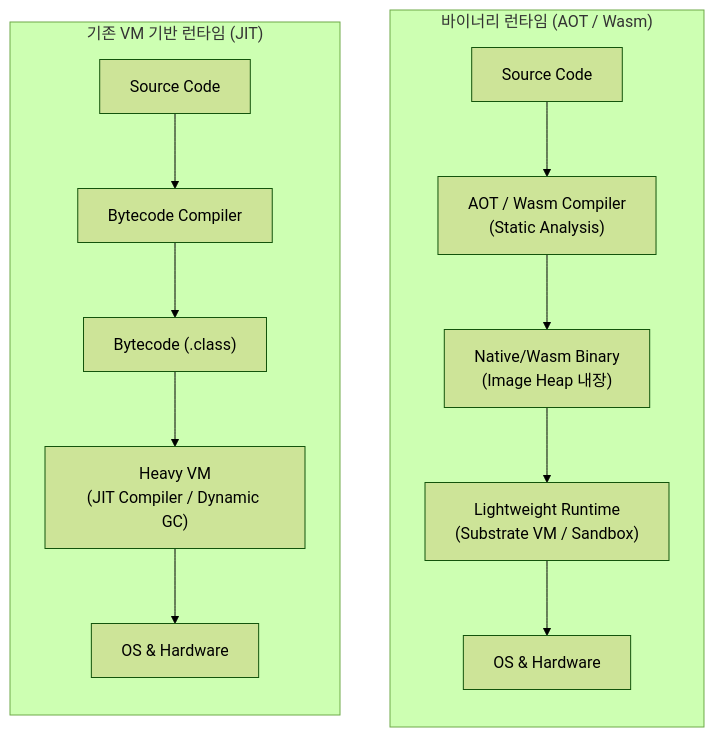
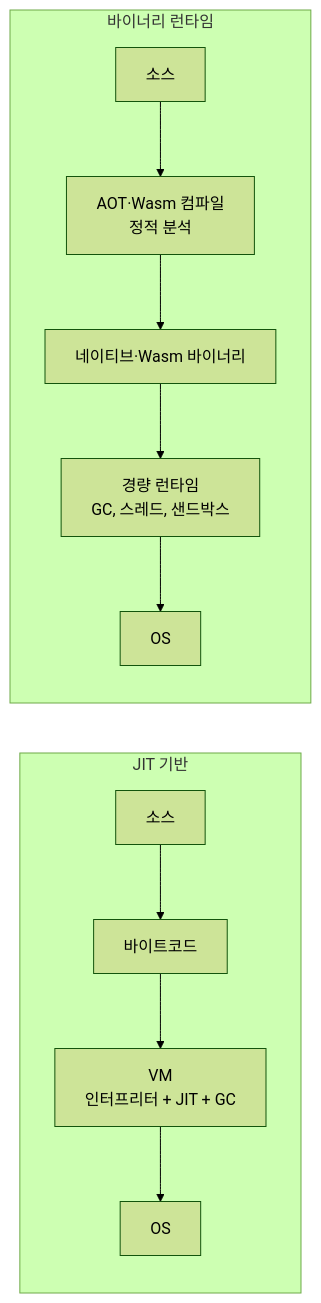
One commit to supremethumb/supremethumb.github.io changed the diagram in content/01_IT Tech/바이너리 런타임.md. Above: the diagram before and after it, drawn with Mermaid (forest theme). The commit also changed other lines of this file and 1087 other files, not shown here.

````diff
--- a/content/01_IT Tech/바이너리 런타임.md
+++ b/content/01_IT Tech/바이너리 런타임.md
@@ -38,21 +34,11 @@
 ```mermaid
 flowchart LR
-    subgraph Traditional ["기존 VM 기반 런타임 (JIT)"]
+    subgraph JIT["JIT 기반"]
         direction TB
-        SRC1["Source Code"] --> COMP1["Bytecode Compiler"]
-        COMP1 --> BYTE["Bytecode (.class)"]
-        BYTE --> VM["Heavy VM<br/>(JIT Compiler / Dynamic GC)"]
-        VM --> OS1["OS & Hardware"]
+        S1["소스"] --> B1["바이트코드"] --> VM["VM<br/>인터프리터 + JIT + GC"] --> O1["OS"]
     end
-
-    subgraph BinaryRT ["바이너리 런타임 (AOT / Wasm)"]
+    subgraph AOT["바이너리 런타임"]
         direction TB
-        SRC2["Source Code"] --> AOT["AOT / Wasm Compiler<br/>(Static Analysis)"]
-        AOT --> BIN["Native/Wasm Binary<br/>(Image Heap 내장)"]
-        BIN --> LGRT["Lightweight Runtime<br/>(Substrate VM / Sandbox)"]
-        LGRT --> OS2["OS & Hardware"]
+        S2["소스"] --> C2["AOT·Wasm 컴파일<br/>정적 분석"] --> BIN["네이티브·Wasm 바이너리"] --> RT["경량 런타임<br/>GC, 스레드, 샌드박스"] --> O2["OS"]
     end
-    
-    Traditional ~~~ BinaryRT
-
 ```
````
